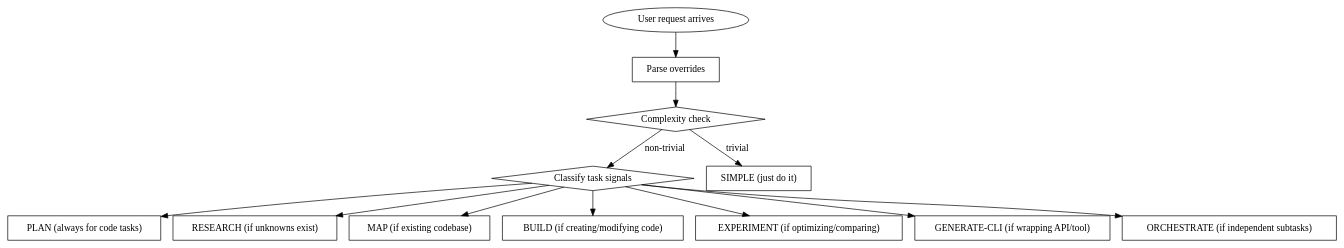
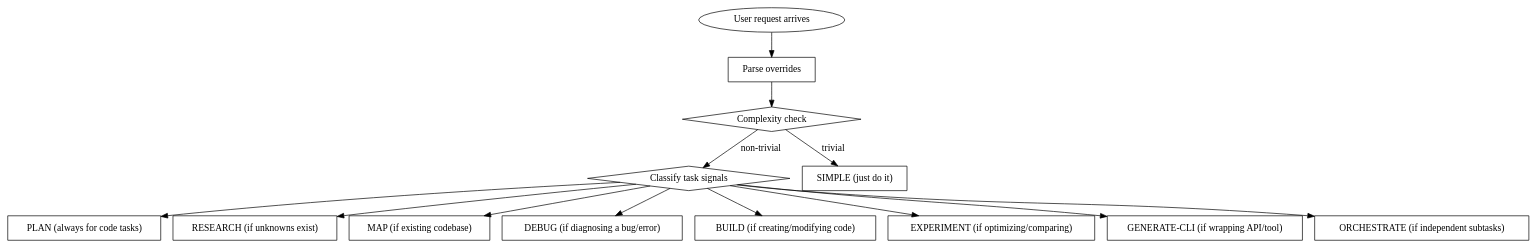
Before and after one commit to aifunmobi/super-plugin: the first of 3 diagrams in skills/super/SKILL.md, drawn with Graphviz. The commit also changed other lines of this file and 8 other files, not shown here.

````diff
--- a/skills/super/SKILL.md
+++ b/skills/super/SKILL.md
@@ -105,25 +109,26 @@
 ```dot
 digraph router {
   rankdir=TB;
   node [shape=box];
 
   "User request arrives" [shape=ellipse];
   "Parse overrides" [shape=box];
   "Complexity check" [shape=diamond];
   "Classify task signals" [shape=diamond];
 
   "User request arrives" -> "Parse overrides";
   "Parse overrides" -> "Complexity check";
 
   "Complexity check" -> "SIMPLE (just do it)" [label="trivial"];
   "Complexity check" -> "Classify task signals" [label="non-trivial"];
 
   "Classify task signals" -> "PLAN (always for code tasks)";
   "Classify task signals" -> "RESEARCH (if unknowns exist)";
   "Classify task signals" -> "MAP (if existing codebase)";
+  "Classify task signals" -> "DEBUG (if diagnosing a bug/error)";
   "Classify task signals" -> "BUILD (if creating/modifying code)";
   "Classify task signals" -> "EXPERIMENT (if optimizing/comparing)";
   "Classify task signals" -> "GENERATE-CLI (if wrapping API/tool)";
   "Classify task signals" -> "ORCHESTRATE (if independent subtasks)";
 }
 ```
````
